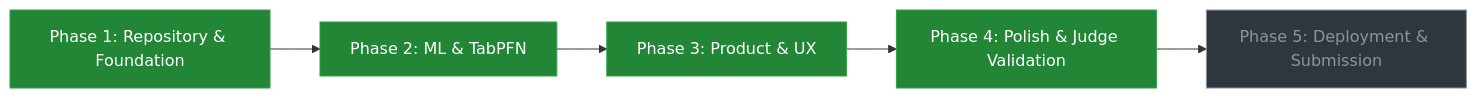
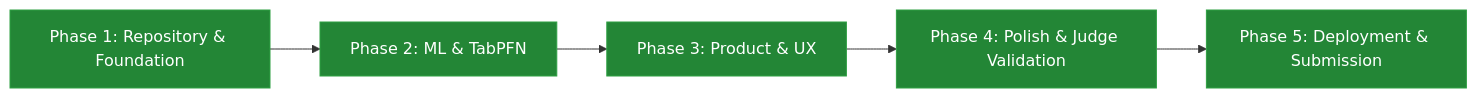
The diagram in docs/ROADMAP.md (Aryanxp1/terrapfn), drawn with Mermaid before and after one commit. The commit also changed other lines of this file and 5 other files, not shown here.

````diff
--- a/docs/ROADMAP.md
+++ b/docs/ROADMAP.md
@@ -15,14 +15,11 @@
 ```mermaid
 flowchart LR
     P1[Phase 1: Repository & Foundation] --> P2[Phase 2: ML & TabPFN]
     P2 --> P3[Phase 3: Product & UX]
     P3 --> P4[Phase 4: Polish & Judge Validation]
     P4 --> P5[Phase 5: Deployment & Submission]
     
     classDef complete fill:#238636,stroke:#2ea043,color:#fff;
-    classDef inprogress fill:#d29922,stroke:#e3b341,color:#fff;
-    classDef notstarted fill:#30363d,stroke:#8b949e,color:#8b949e;
     
-    class P1,P2,P3,P4 complete;
-    class P5 notstarted;
+    class P1,P2,P3,P4,P5 complete;
 ```
````
